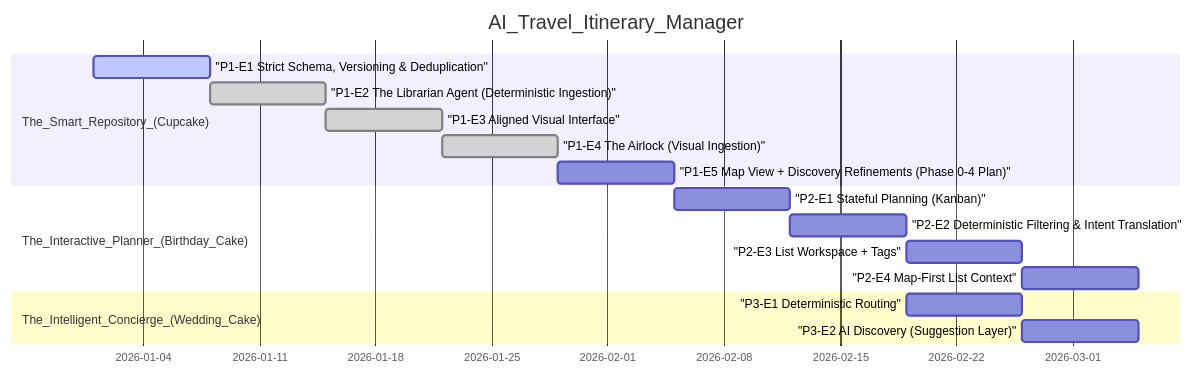
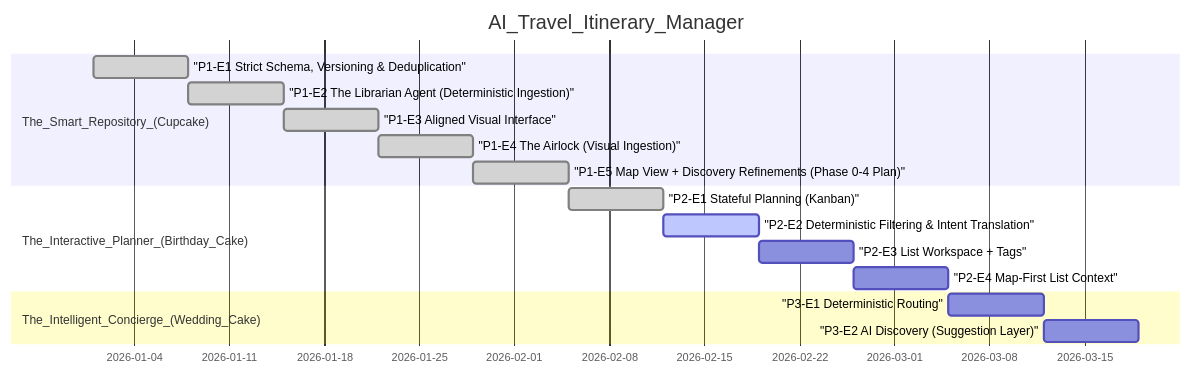
The diagram in CONTEXT.md (walshkang/acerca-trip-planner), drawn with Mermaid before and after one commit. The commit also changed other lines of this file and 14 other files, not shown here.

Commit message:
feat: tighten map focus state and add active-list removal

````diff
--- a/CONTEXT.md
+++ b/CONTEXT.md
@@ -58,19 +56,19 @@
 ```mermaid
 gantt
   dateFormat YYYY-MM-DD
   title AI_Travel_Itinerary_Manager
   section The_Smart_Repository_(Cupcake)
-  "P1-E1 Strict Schema, Versioning & Deduplication" :active, p1e1, 2026-01-01, 7d
+  "P1-E1 Strict Schema, Versioning & Deduplication" :done, p1e1, 2026-01-01, 7d
   "P1-E2 The Librarian Agent (Deterministic Ingestion)" :done, p1e2, after p1e1, 7d
   "P1-E3 Aligned Visual Interface" :done, p1e3, after p1e2, 7d
   "P1-E4 The Airlock (Visual Ingestion)" :done, p1e4, after p1e3, 7d
-  "P1-E5 Map View + Discovery Refinements (Phase 0-4 Plan)" :p1e5, after p1e4, 7d
+  "P1-E5 Map View + Discovery Refinements (Phase 0-4 Plan)" :done, p1e5, after p1e4, 7d
   section The_Interactive_Planner_(Birthday_Cake)
-  "P2-E1 Stateful Planning (Kanban)" :p2e1, after p1e5, 7d
-  "P2-E2 Deterministic Filtering & Intent Translation" :p2e2, after p2e1, 7d
+  "P2-E1 Stateful Planning (Kanban)" :done, p2e1, after p1e5, 7d
+  "P2-E2 Deterministic Filtering & Intent Translation" :active, p2e2, after p2e1, 7d
   "P2-E3 List Workspace + Tags" :p2e3, after p2e2, 7d
   "P2-E4 Map-First List Context" :p2e4, after p2e3, 7d
   section The_Intelligent_Concierge_(Wedding_Cake)
-  "P3-E1 Deterministic Routing" :p3e1, after p2e2, 7d
+  "P3-E1 Deterministic Routing" :p3e1, after p2e4, 7d
   "P3-E2 AI Discovery (Suggestion Layer)" :p3e2, after p3e1, 7d
 ```
````
